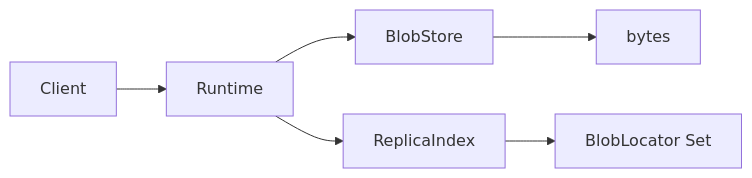
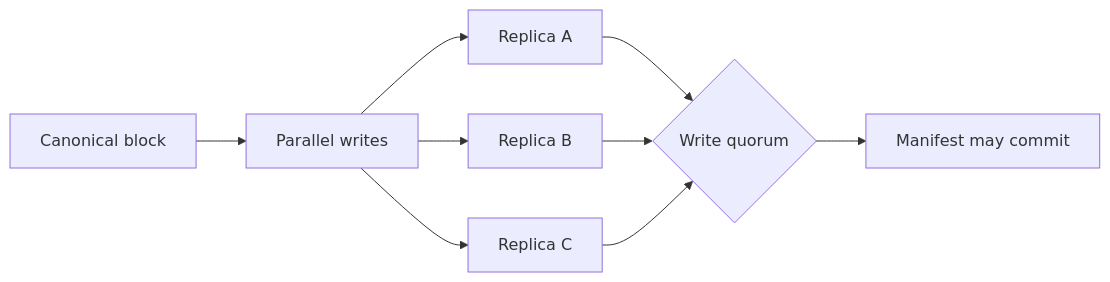
The diagram in docs/runtime/replication.md (AdrielC/graviton), drawn with Mermaid before and after one commit. The commit also changed other lines of this file and 99 other files, not shown here.

````diff
--- a/docs/runtime/replication.md
+++ b/docs/runtime/replication.md
@@ -24,8 +9,11 @@
 ```mermaid
 flowchart LR
-  client[Client] --> runtime[Runtime]
-  runtime --> bs[BlobStore]
-  runtime --> ri[ReplicaIndex]
-  ri --> locs[BlobLocator Set]
-  bs --> data[bytes]
+  ingest[Canonical block] --> fanout[Parallel writes]
+  fanout --> a[Replica A]
+  fanout --> b[Replica B]
+  fanout --> c[Replica C]
+  a --> quorum{Write quorum}
+  b --> quorum
+  c --> quorum
+  quorum --> commit[Manifest may commit]
 ```
````
